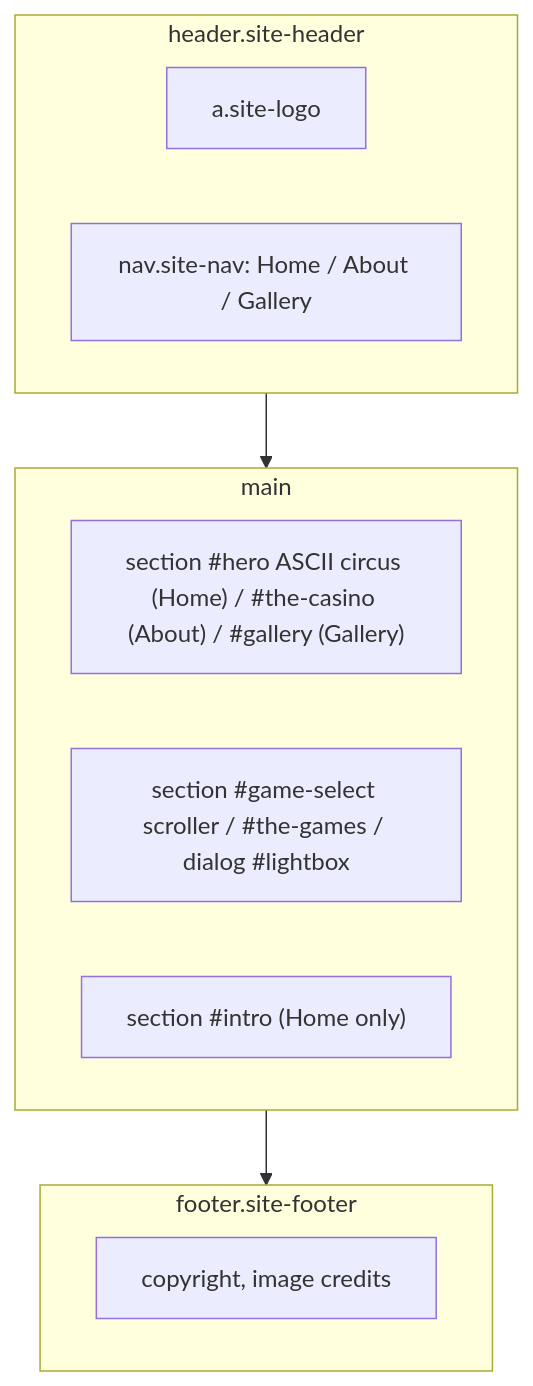
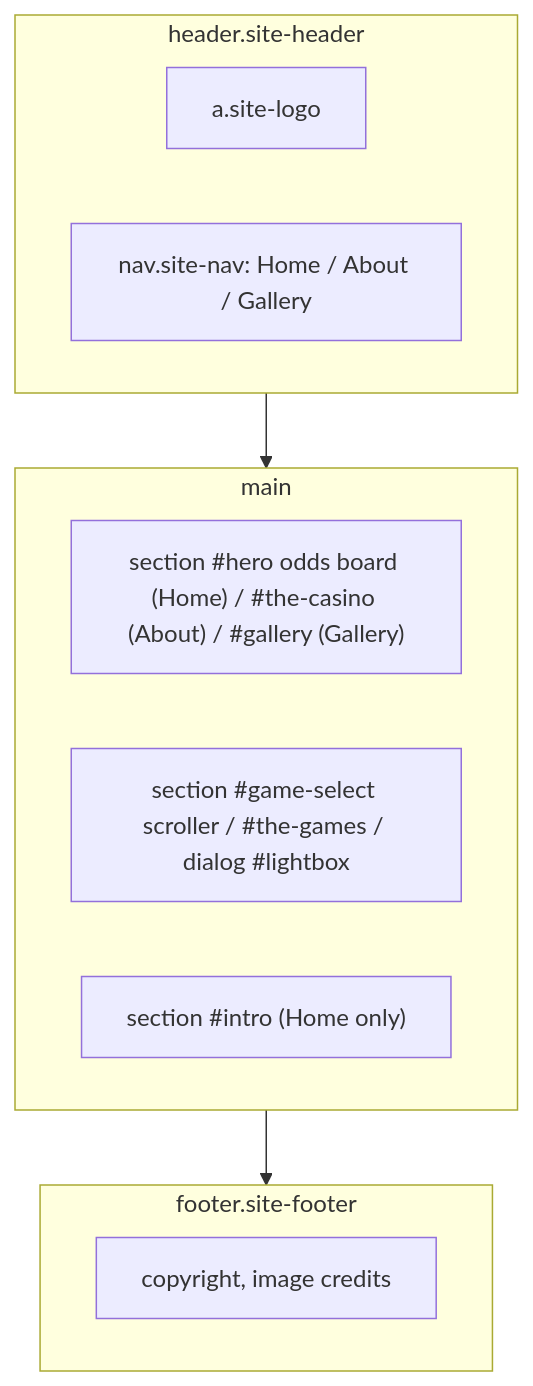
One commit to ChrisMedkit/CS-235-IntroToAI changed the third of 5 diagrams in DIAGRAM.md. Above: the diagram before and after it, drawn with Mermaid. The commit also changed other lines of this file and 11 other files, not shown here.

````diff
--- a/DIAGRAM.md
+++ b/DIAGRAM.md
@@ -30,16 +30,16 @@
 ```mermaid
 flowchart TD
   subgraph header["header.site-header"]
     logo["a.site-logo"]
     nav["nav.site-nav: Home / About / Gallery"]
   end
   subgraph main["main"]
-    s1["section #hero ASCII circus (Home) / #the-casino (About) / #gallery (Gallery)"]
+    s1["section #hero odds board (Home) / #the-casino (About) / #gallery (Gallery)"]
     s2["section #game-select scroller / #the-games / dialog #lightbox"]
     s3["section #intro (Home only)"]
   end
   subgraph footer["footer.site-footer"]
     f["copyright, image credits"]
   end
   header --> main --> footer
 ```
````
